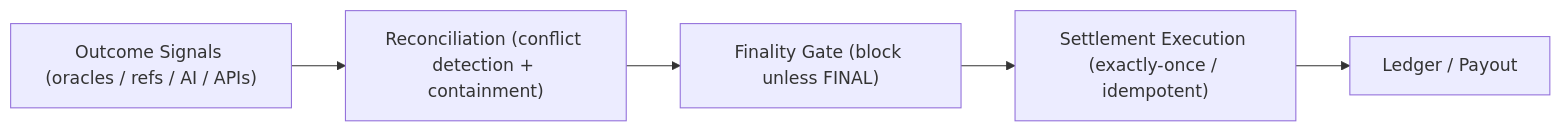
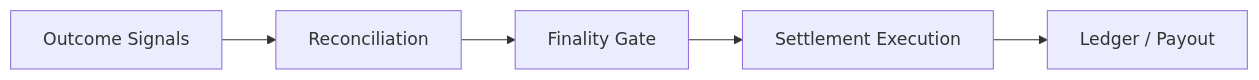
Before and after one commit to azender1/deterministic-settlement-gate: the diagram in README.md, drawn with Mermaid. The commit also changed other lines of this file, not shown here.

Commit message:
Add architecture diagram (Mermaid)

````diff
--- a/README.md
+++ b/README.md
@@ -43,14 +42,11 @@
 ```mermaid
 flowchart LR
-    A["Outcome Signals (oracles / refs / AI / APIs)"]
-    B["Reconciliation (conflict detection + containment)"]
-    C["Finality Gate (block unless FINAL)"]
-    D["Settlement Execution (exactly-once / idempotent)"]
+    A["Outcome Signals"]
+    B["Reconciliation"]
+    C["Finality Gate"]
+    D["Settlement Execution"]
     E["Ledger / Payout"]
 
-    A --> B
-    B --> C
-    C --> D
-    D --> E
+    A --> B --> C --> D --> E
 
 ```
````
